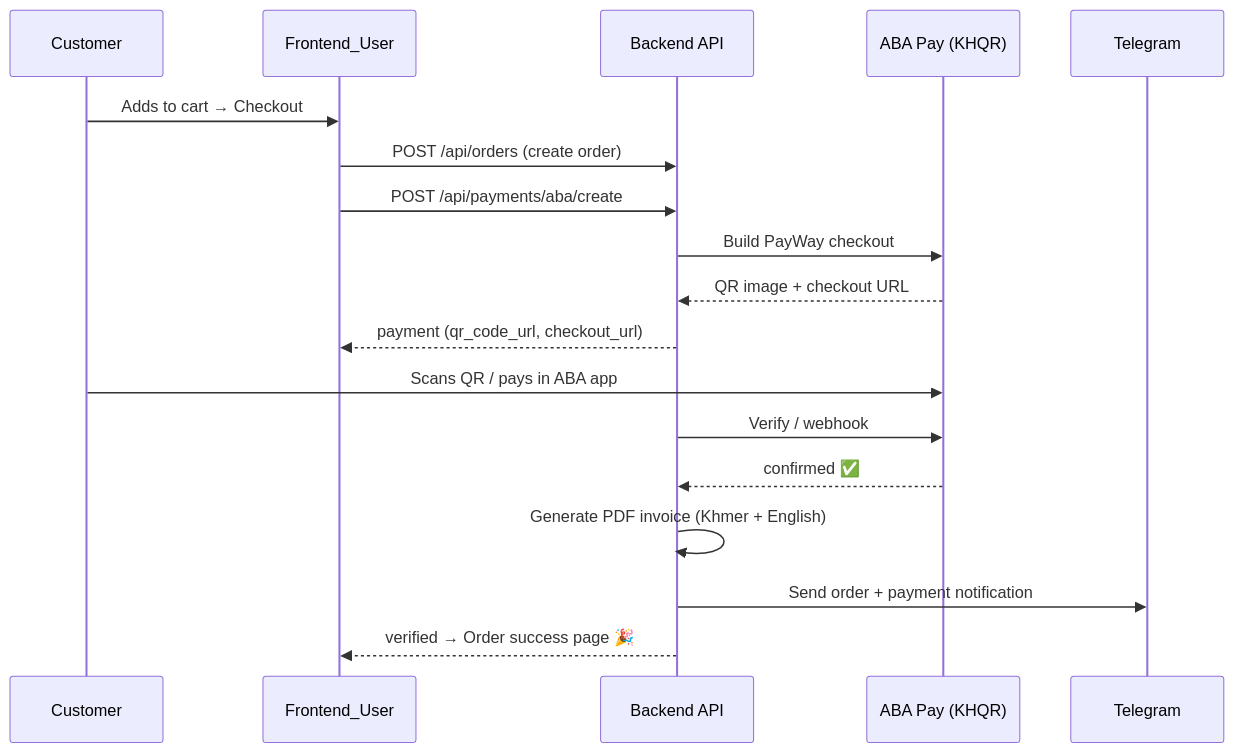
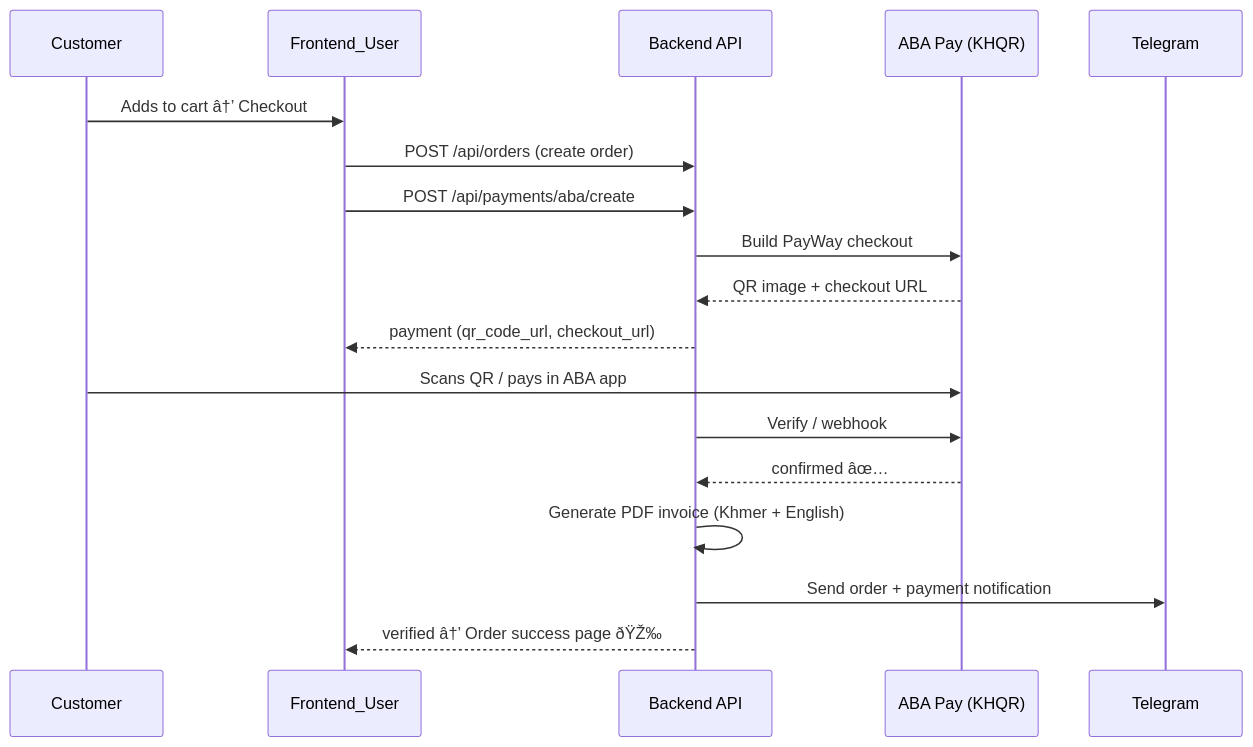
One commit to ThyMuoyhak/MiniShopCambodia-FullStackWeb changed the fourth of 7 diagrams in README.md. Above: the diagram before and after it, drawn with Mermaid. The commit also changed other lines of this file, not shown here.

Commit message:
README: full data model (all entities/fields) + Telegram & mobile core flows

````diff
--- a/README.md
+++ b/README.md
@@ -308,21 +366,21 @@
 ```mermaid
 sequenceDiagram
     participant C as Customer
     participant F as Frontend_User
     participant A as Backend API
     participant ABA as ABA Pay (KHQR)
     participant T as Telegram
 
-    C->>F: Adds to cart → Checkout
+    C->>F: Adds to cart â†’ Checkout
     F->>A: POST /api/orders (create order)
     F->>A: POST /api/payments/aba/create
     A->>ABA: Build PayWay checkout
     ABA-->>A: QR image + checkout URL
     A-->>F: payment (qr_code_url, checkout_url)
     C->>ABA: Scans QR / pays in ABA app
     A->>ABA: Verify / webhook
-    ABA-->>A: confirmed ✅
+    ABA-->>A: confirmed âœ…
     A->>A: Generate PDF invoice (Khmer + English)
     A->>T: Send order + payment notification
-    A-->>F: verified → Order success page 🎉
+    A-->>F: verified â†’ Order success page ðŸŽ‰
 ```
````
